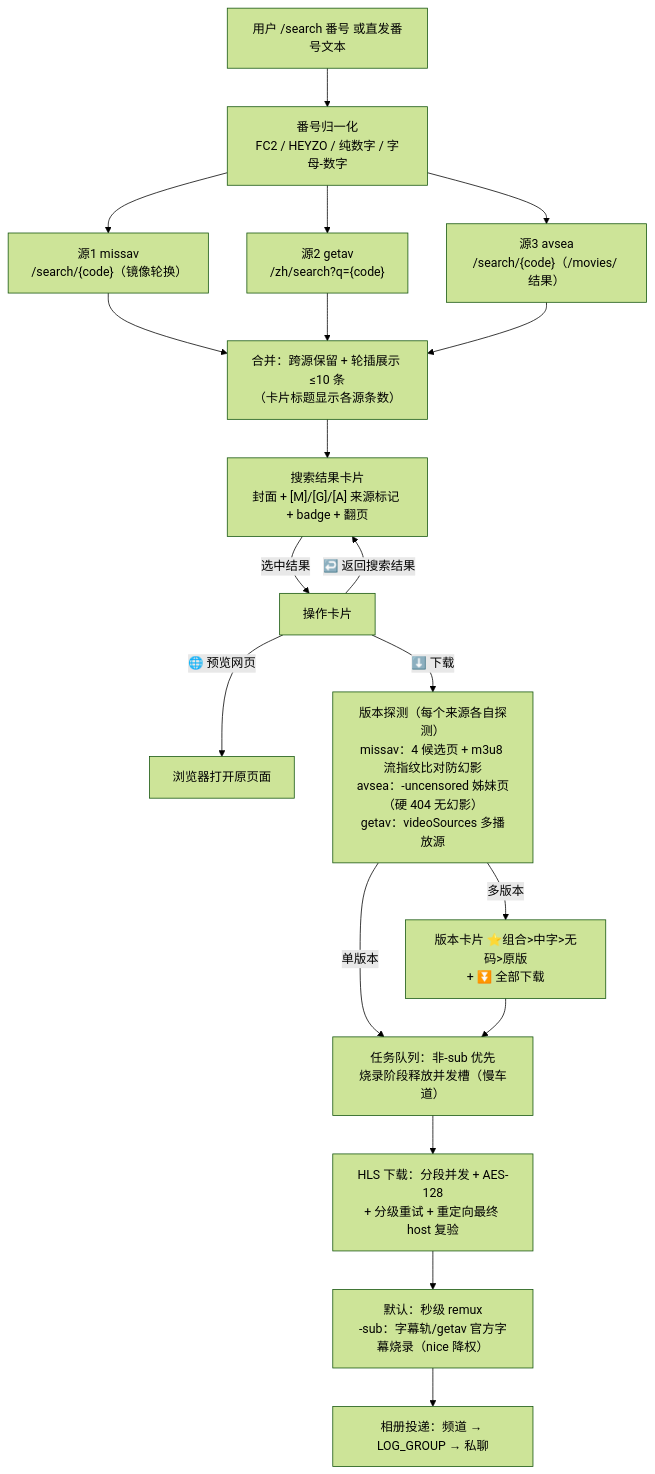
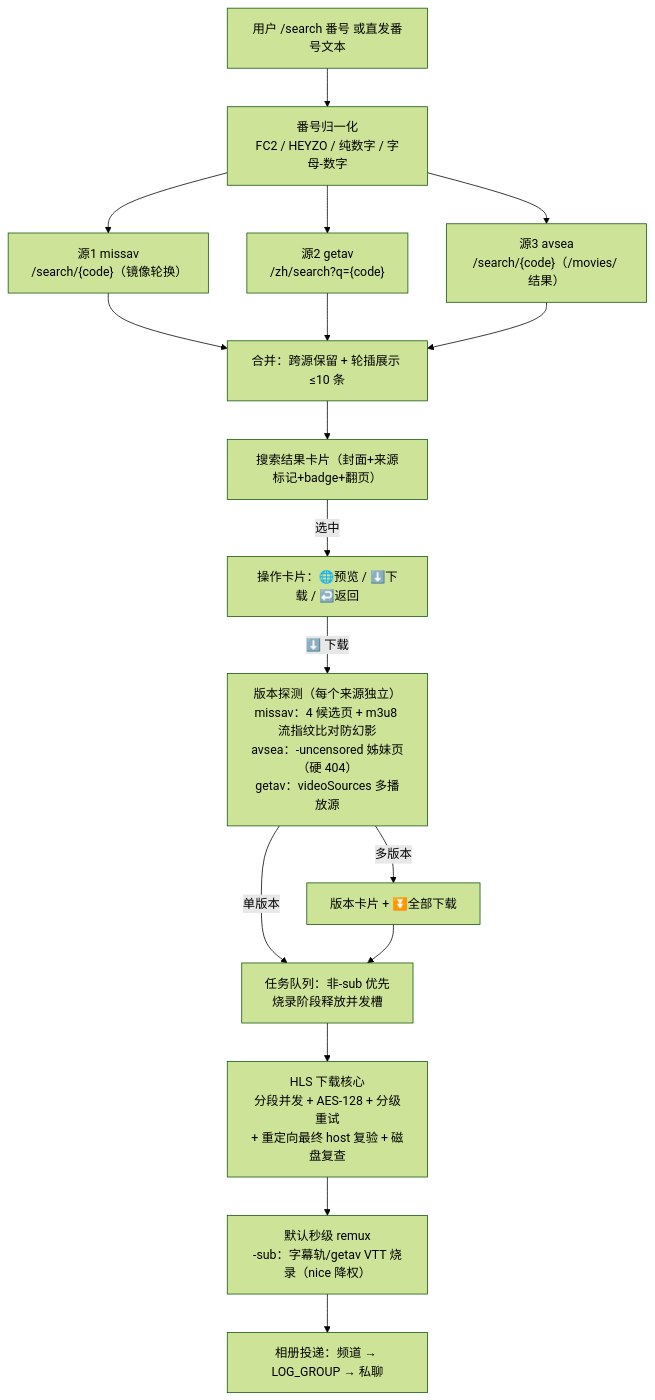
One commit to paceyw/Save-Restricted-Bot-Chinese changed the first of 2 diagrams in README.md. Above: the diagram before and after it, drawn with Mermaid (forest theme). The commit also changed other lines of this file, not shown here.

Commit message:
docs(readme): 三部分重构——部署指南（人工+AI）/功能介绍（命令参数与用法详解）/原理解析（链路流程图+fork升级与独创），项目结构与开发约定移至尾部

````diff
--- a/README.md
+++ b/README.md
@@ -29,23 +245,21 @@
 ```mermaid
 flowchart TD
     U["用户 /search 番号 或直发番号文本"] --> N["番号归一化<br/>FC2 / HEYZO / 纯数字 / 字母-数字"]
     N --> S1["源1 missav<br/>/search/{code}（镜像轮换）"]
     N --> S2["源2 getav<br/>/zh/search?q={code}"]
     N --> S3["源3 avsea<br/>/search/{code}（/movies/ 结果）"]
-    S1 --> M["合并：跨源保留 + 轮插展示 ≤10 条<br/>（卡片标题显示各源条数）"]
+    S1 --> M["合并：跨源保留 + 轮插展示 ≤10 条"]
     S2 --> M
     S3 --> M
-    M --> C1["搜索结果卡片<br/>封面 + [M]/[G]/[A] 来源标记 + badge + 翻页"]
-    C1 -->|选中结果| ACT["操作卡片"]
-    ACT -->|🌐 预览网页| WEB["浏览器打开原页面"]
+    M --> C1["搜索结果卡片（封面+来源标记+badge+翻页）"]
+    C1 -->|选中| ACT["操作卡片：🌐预览 / ⬇️下载 / ↩️返回"]
     ACT -->|⬇️ 下载| V
-    ACT -->|↩️ 返回搜索结果| C1
-    V["版本探测（每个来源各自探测）<br/>missav：4 候选页 + m3u8 流指纹比对防幻影<br/>avsea：-uncensored 姊妹页（硬 404 无幻影）<br/>getav：videoSources 多播放源"]
-    V -->|多版本| C2["版本卡片 ⭐组合>中字>无码>原版<br/>+ ⏬ 全部下载"]
+    V["版本探测（每个来源独立）<br/>missav：4 候选页 + m3u8 流指纹比对防幻影<br/>avsea：-uncensored 姊妹页（硬 404）<br/>getav：videoSources 多播放源"]
+    V -->|多版本| C2["版本卡片 + ⏬全部下载"]
     V -->|单版本| Q
     C2 --> Q
-    Q["任务队列：非-sub 优先<br/>烧录阶段释放并发槽（慢车道）"]
-    Q --> DL["HLS 下载：分段并发 + AES-128<br/>+ 分级重试 + 重定向最终 host 复验"]
-    DL --> R["默认：秒级 remux<br/>-sub：字幕轨/getav 官方字幕烧录（nice 降权）"]
+    Q["任务队列：非-sub 优先<br/>烧录阶段释放并发槽"]
+    Q --> DL["HLS 下载核心<br/>分段并发 + AES-128 + 分级重试<br/>+ 重定向最终 host 复验 + 磁盘复查"]
+    DL --> R["默认秒级 remux<br/>-sub：字幕轨/getav VTT 烧录（nice 降权）"]
     R --> UP["相册投递：频道 → LOG_GROUP → 私聊"]
 ```
````
